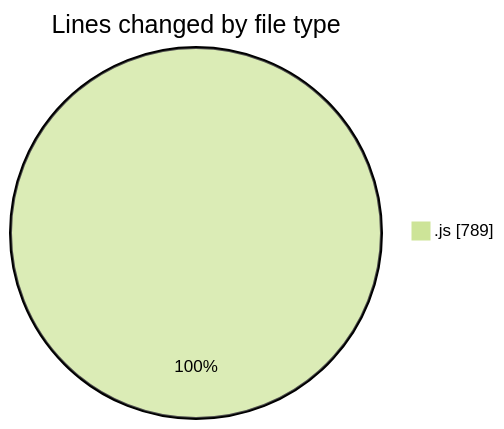
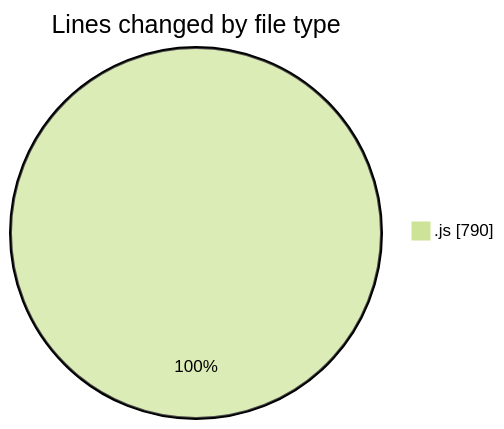
The first of 2 diagrams in 2025-07-29/nxtqube_webapp/README.md (nxtqubesakshisongat/code-tracking), drawn with Mermaid (forest theme) before and after one commit. The commit also changed other lines of this file and 1 other file, not shown here.

````diff
--- a/2025-07-29/nxtqube_webapp/README.md
+++ b/2025-07-29/nxtqube_webapp/README.md
@@ -22,5 +22,5 @@
 ```mermaid
 pie showData
 title Lines changed by file type
-".js" : 789
+".js" : 790
 ```
````
